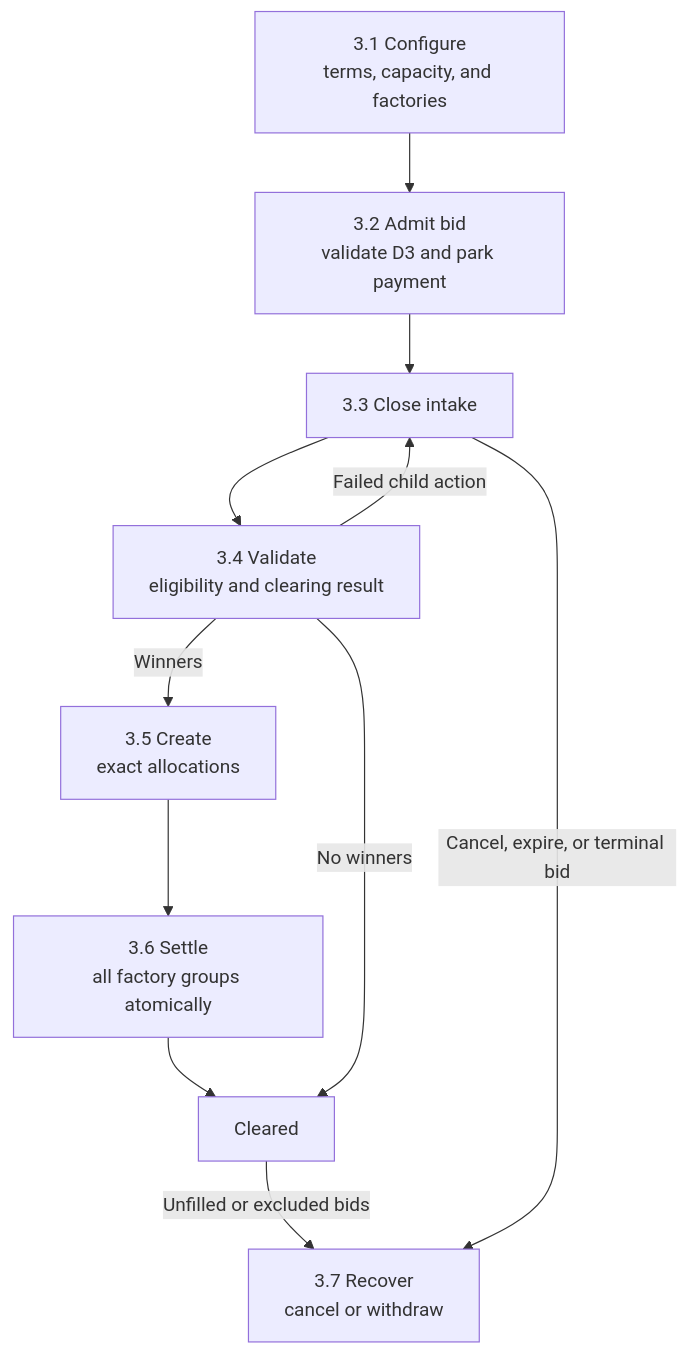
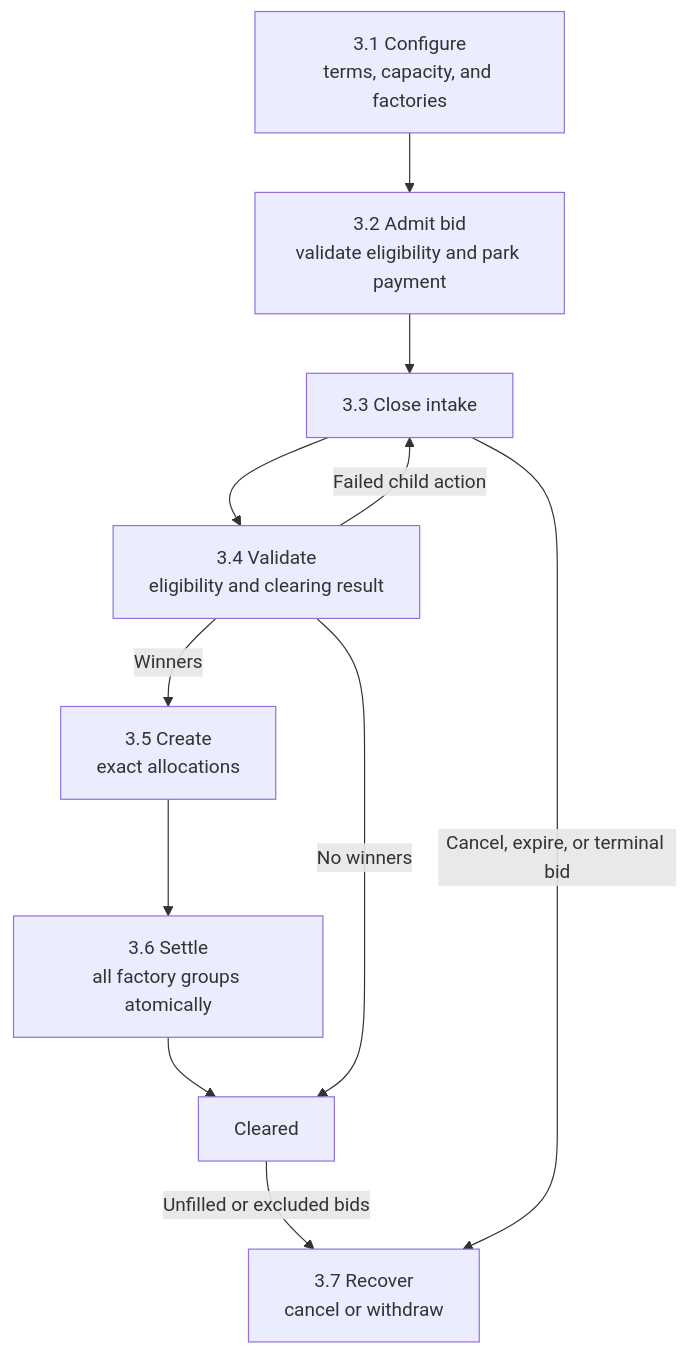
One commit to OpenZeppelin/canton-specs changed the first of 4 diagrams in docs/reference-architectures/confidential-auction.md. Above: the diagram before and after it, drawn with Mermaid. The commit also changed other lines of this file, not shown here.

````diff
--- a/docs/reference-architectures/confidential-auction.md
+++ b/docs/reference-architectures/confidential-auction.md
@@ -434,22 +443,22 @@
 ```mermaid
 flowchart TB
     Configure["3.1 Configure<br/>terms, capacity, and factories"]
-    Admit["3.2 Admit bid<br/>validate D3 and park payment"]
+    Admit["3.2 Admit bid<br/>validate eligibility and park payment"]
     Closed["3.3 Close intake"]
     Validate["3.4 Validate<br/>eligibility and clearing result"]
     Allocate["3.5 Create<br/>exact allocations"]
     Settle["3.6 Settle<br/>all factory groups atomically"]
     Cleared["Cleared"]
     Recover["3.7 Recover<br/>cancel or withdraw"]
 
     Configure --> Admit
     Admit --> Closed
     Closed --> Validate
     Validate -->|Winners| Allocate
     Allocate --> Settle
     Settle --> Cleared
     Validate -->|No winners| Cleared
     Cleared -->|Unfilled or excluded bids| Recover
     Closed -->|Cancel, expire, or terminal bid| Recover
     Validate -->|Failed child action| Closed
 ```
````
